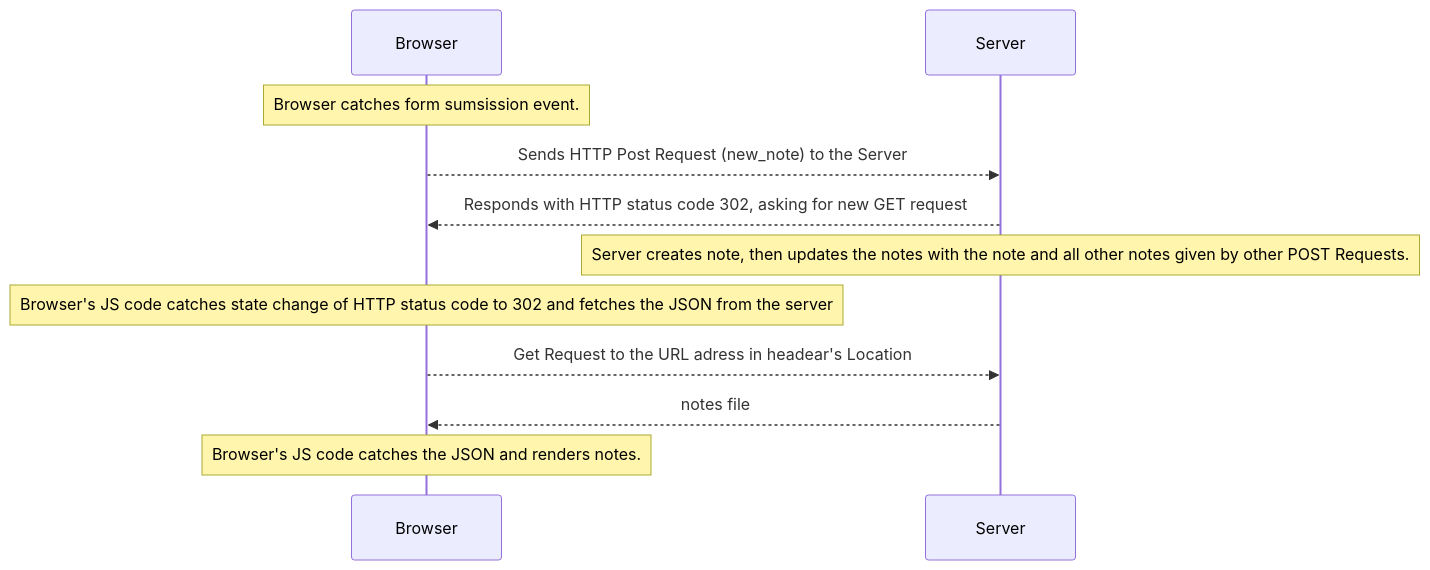
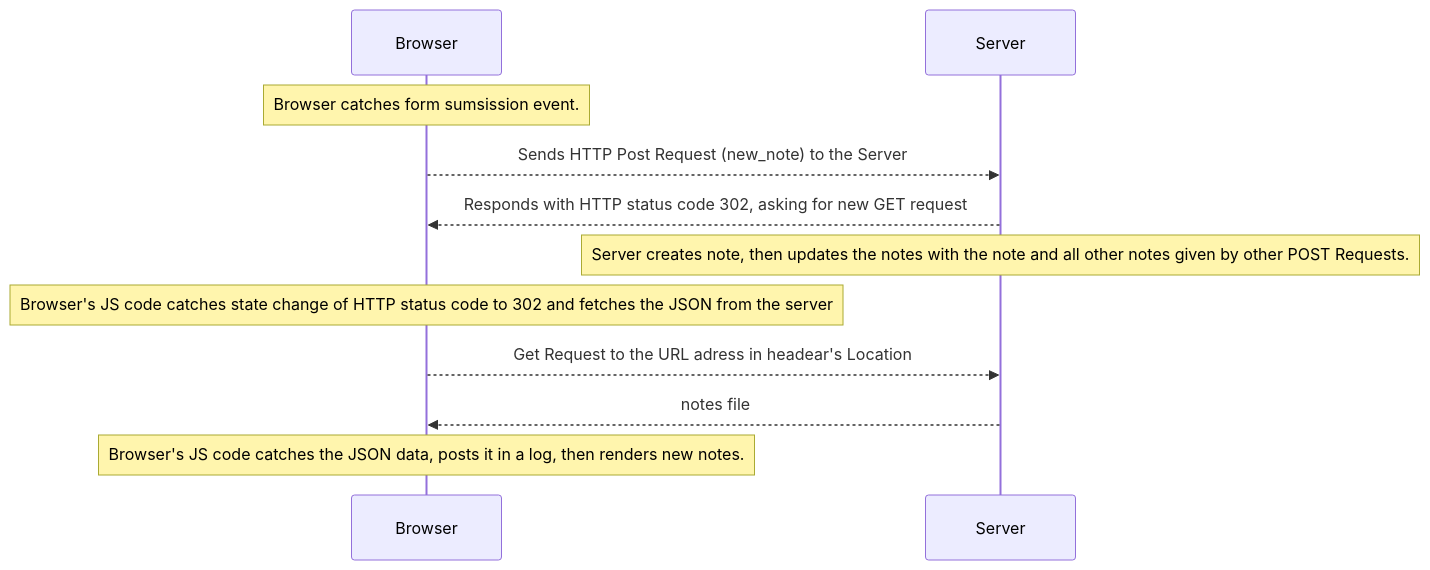
The diagram in part-0/0-4.md (M-Maciej/FullStackOpen), drawn with Mermaid before and after one commit.

````diff
--- a/part-0/0-4.md
+++ b/part-0/0-4.md
@@ -1,19 +1,19 @@
 ```mermaid
   sequenceDiagram
     participant Br as Browser
     participant Se as Server
     
     %% Form handling
     Note over Br: Browser catches form sumsission event. 
     Br-->>Se: Sends HTTP Post Request (new_note) to the Server
     Se-->>Br: Responds with HTTP status code 302, asking for new GET request
     
     %% Fetch JSON request
     Note over Se: Server creates note, then updates the notes with the note and all other notes given by other POST Requests.
     Note over Br: Browser's JS code catches state change of HTTP status code to 302 and fetches the JSON from the server
     Br-->>Se: Get Request to the URL adress in headear's Location
     Se-->>Br: notes file
     
     %% Rendering notes
-    Note over Br: Browser's JS code catches the JSON and renders notes. 
+    Note over Br: Browser's JS code catches the JSON data, posts it in a log, then renders new notes. 
 ```
````
